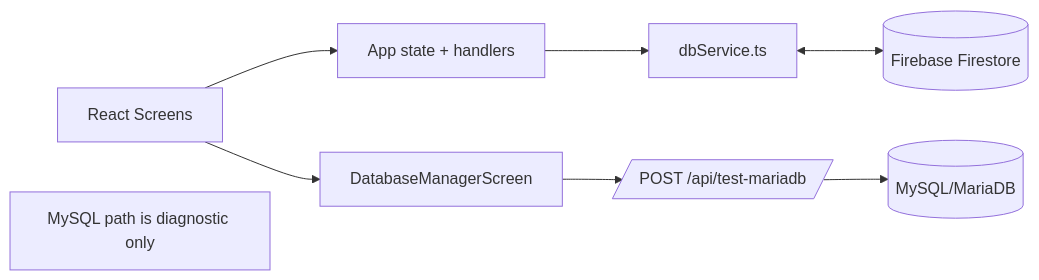
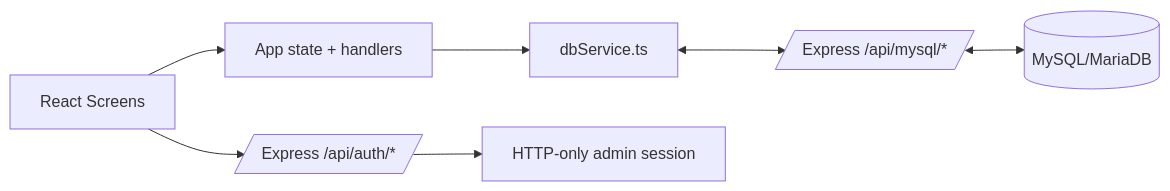
Before and after one commit to yustech/MadridLiveApp-1.0: the diagram in docs/PERSISTENCE_ARCHITECTURE.md, drawn with Mermaid. The commit also changed other lines of this file and 3 other files, not shown here.

Commit message:
Document MySQL persistence and admin auth

````diff
--- a/docs/PERSISTENCE_ARCHITECTURE.md
+++ b/docs/PERSISTENCE_ARCHITECTURE.md
@@ -100,12 +96,10 @@
 ```mermaid
 flowchart LR
   UI[React Screens] --> APP[App state + handlers]
   APP --> DBSVC[dbService.ts]
-  DBSVC <--> FS[(Firebase Firestore)]
+  DBSVC <--> API[/Express /api/mysql/*/]
+  API <--> MYSQL[(MySQL/MariaDB)]
 
-  UI --> DBM[DatabaseManagerScreen]
-  DBM --> API[/POST /api/test-mariadb/]
-  API --> MYSQL[(MySQL/MariaDB)]
-
-  note1[MySQL path is diagnostic only]
+  UI --> AUTH[/Express /api/auth/*/]
+  AUTH --> COOKIE[HTTP-only admin session]
 ```
````
